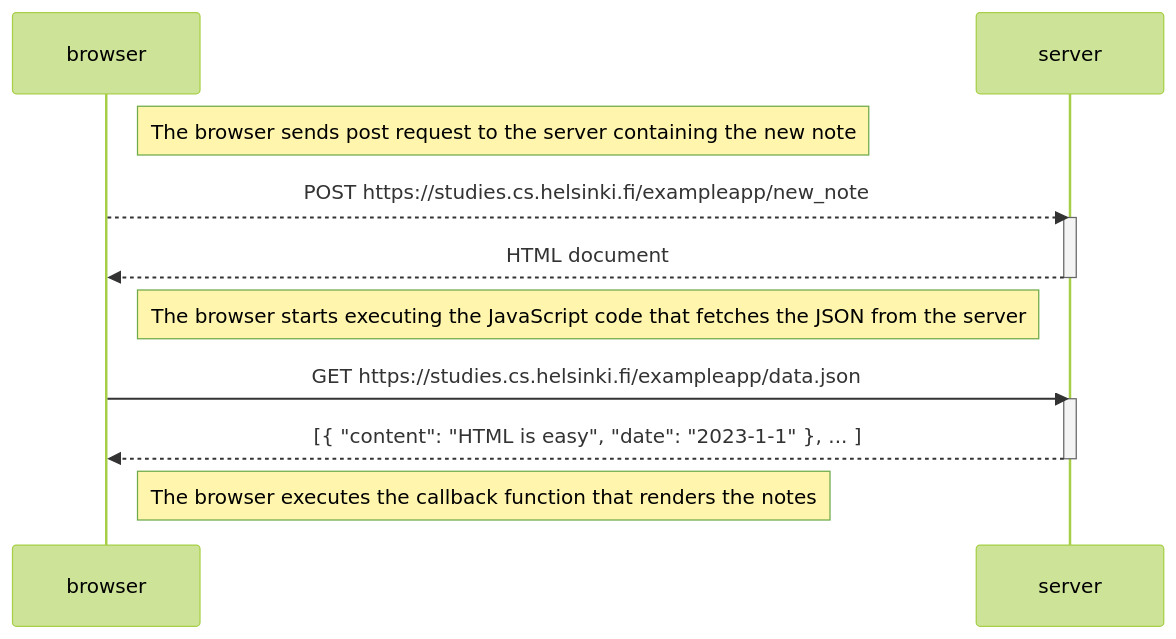
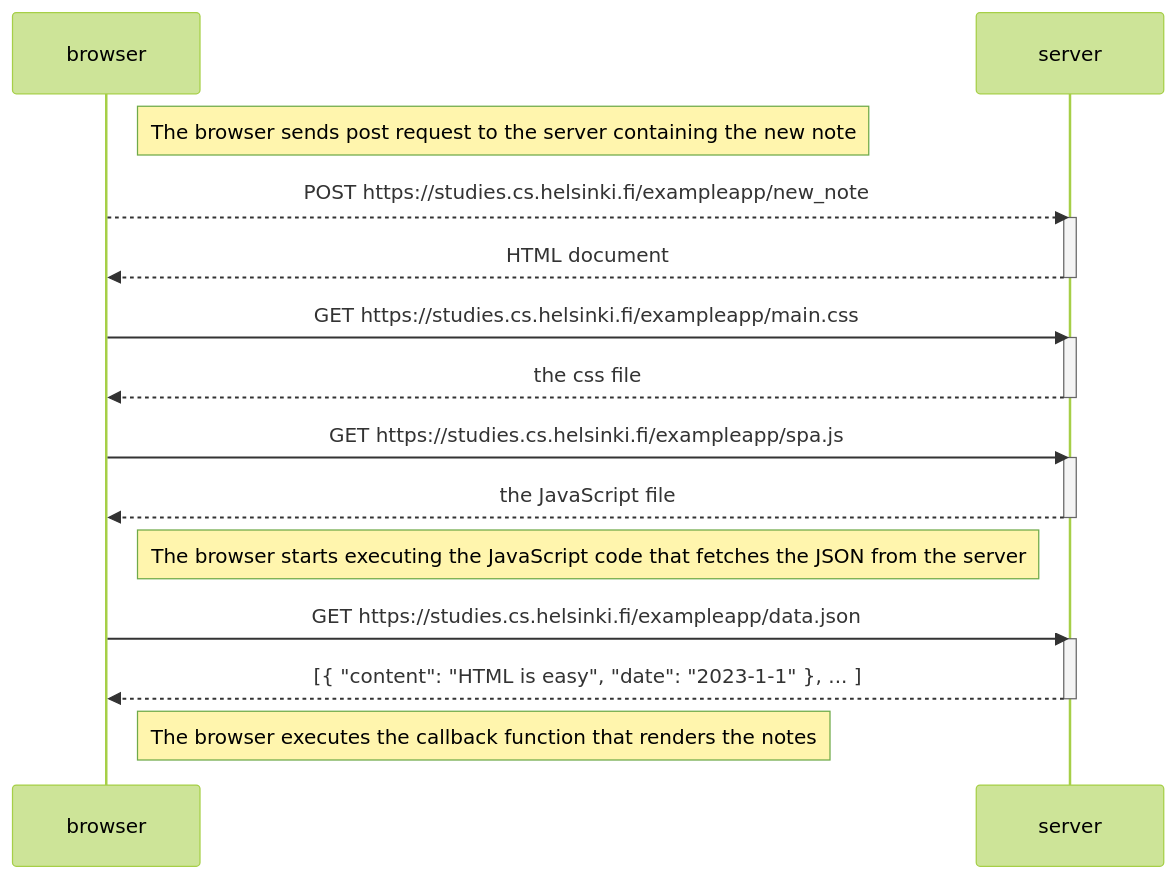
One commit to nightcn/fullstackopen changed the diagram in part0/new_note_diagram.md. Above: the diagram before and after it, drawn with Mermaid (forest theme).

````diff
--- a/part0/new_note_diagram.md
+++ b/part0/new_note_diagram.md
@@ -1,23 +1,33 @@
 ```mermaid
 
 sequenceDiagram
     participant browser
     participant server
 
     Note right of browser: The browser sends post request to the server containing the new note
 
     browser-->>server: POST https://studies.cs.helsinki.fi/exampleapp/new_note
     activate server
     server-->>browser: HTML document
     deactivate server
 
+    browser->>server: GET https://studies.cs.helsinki.fi/exampleapp/main.css
+    activate server
+    server-->>browser: the css file
+    deactivate server
+
+    browser->>server: GET https://studies.cs.helsinki.fi/exampleapp/spa.js
+    activate server
+    server-->>browser: the JavaScript file
+    deactivate server
+
     Note right of browser: The browser starts executing the JavaScript code that fetches the JSON from the server
 
     browser->>server: GET https://studies.cs.helsinki.fi/exampleapp/data.json
     activate server
     server-->>browser: [{ "content": "HTML is easy", "date": "2023-1-1" }, ... ]
     deactivate server
 
     Note right of browser: The browser executes the callback function that renders the notes
 
   ```
````
